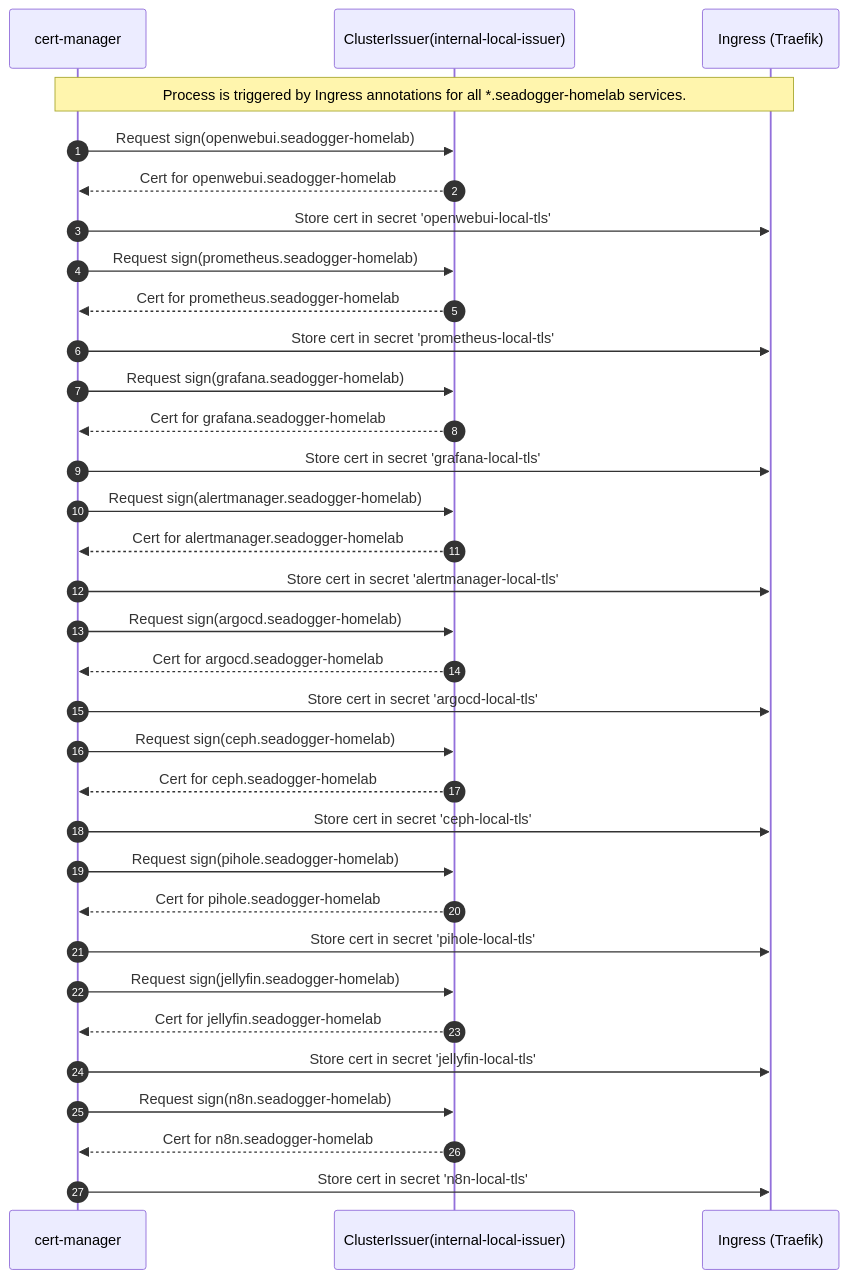
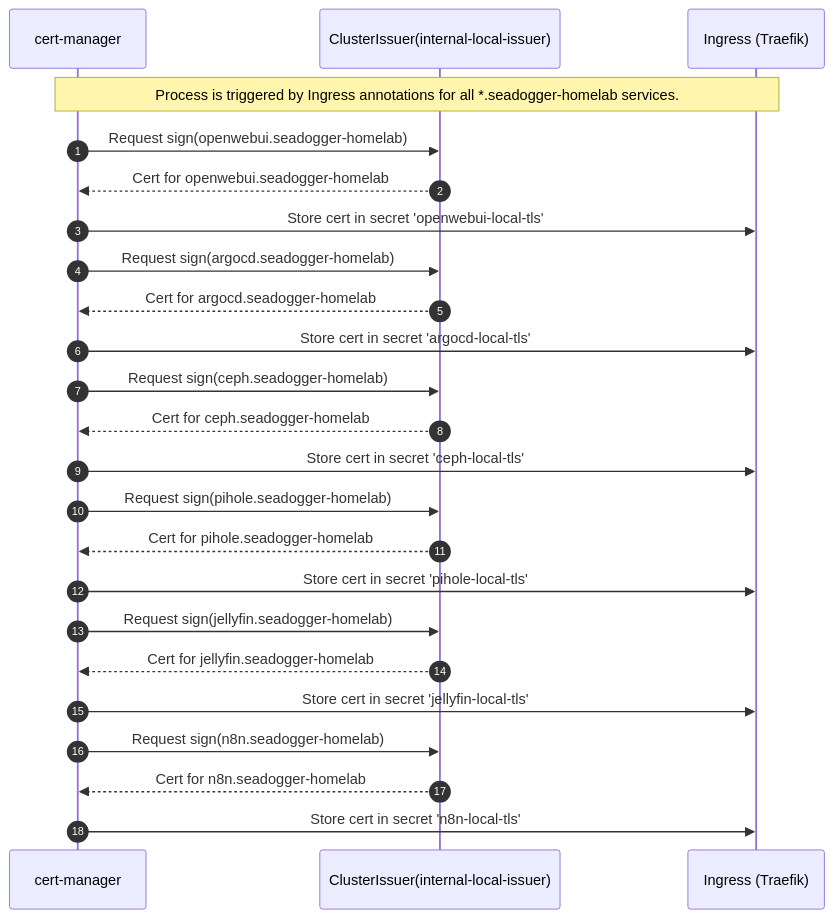
Before and after one commit to seadogger-tech/seadogger-homelab: the third of 8 diagrams in docs/wiki/08-Security-and-Certificates.md, drawn with Mermaid. The commit also changed other lines of this file and 18 other files, not shown here.

````diff
--- a/docs/wiki/08-Security-and-Certificates.md
+++ b/docs/wiki/08-Security-and-Certificates.md
@@ -110,45 +107,36 @@
 ```mermaid
 sequenceDiagram
     autonumber
     participant CM as cert-manager
     participant CI as ClusterIssuer(internal-local-issuer)
     participant ING as Ingress (Traefik)
 
     Note over CM,ING: Process is triggered by Ingress annotations for all *.seadogger-homelab services.
 
     CM->>CI: Request sign(openwebui.seadogger-homelab)
     CI-->>CM: Cert for openwebui.seadogger-homelab
     CM->>ING: Store cert in secret 'openwebui-local-tls'
 
-    CM->>CI: Request sign(prometheus.seadogger-homelab)
-    CI-->>CM: Cert for prometheus.seadogger-homelab
-    CM->>ING: Store cert in secret 'prometheus-local-tls'
 
-    CM->>CI: Request sign(grafana.seadogger-homelab)
-    CI-->>CM: Cert for grafana.seadogger-homelab
-    CM->>ING: Store cert in secret 'grafana-local-tls'
 
-    CM->>CI: Request sign(alertmanager.seadogger-homelab)
-    CI-->>CM: Cert for alertmanager.seadogger-homelab
-    CM->>ING: Store cert in secret 'alertmanager-local-tls'
 
     CM->>CI: Request sign(argocd.seadogger-homelab)
     CI-->>CM: Cert for argocd.seadogger-homelab
     CM->>ING: Store cert in secret 'argocd-local-tls'
 
     CM->>CI: Request sign(ceph.seadogger-homelab)
     CI-->>CM: Cert for ceph.seadogger-homelab
     CM->>ING: Store cert in secret 'ceph-local-tls'
 
     CM->>CI: Request sign(pihole.seadogger-homelab)
     CI-->>CM: Cert for pihole.seadogger-homelab
     CM->>ING: Store cert in secret 'pihole-local-tls'
 
     CM->>CI: Request sign(jellyfin.seadogger-homelab)
     CI-->>CM: Cert for jellyfin.seadogger-homelab
     CM->>ING: Store cert in secret 'jellyfin-local-tls'
 
     CM->>CI: Request sign(n8n.seadogger-homelab)
     CI-->>CM: Cert for n8n.seadogger-homelab
     CM->>ING: Store cert in secret 'n8n-local-tls'
 ```
````
